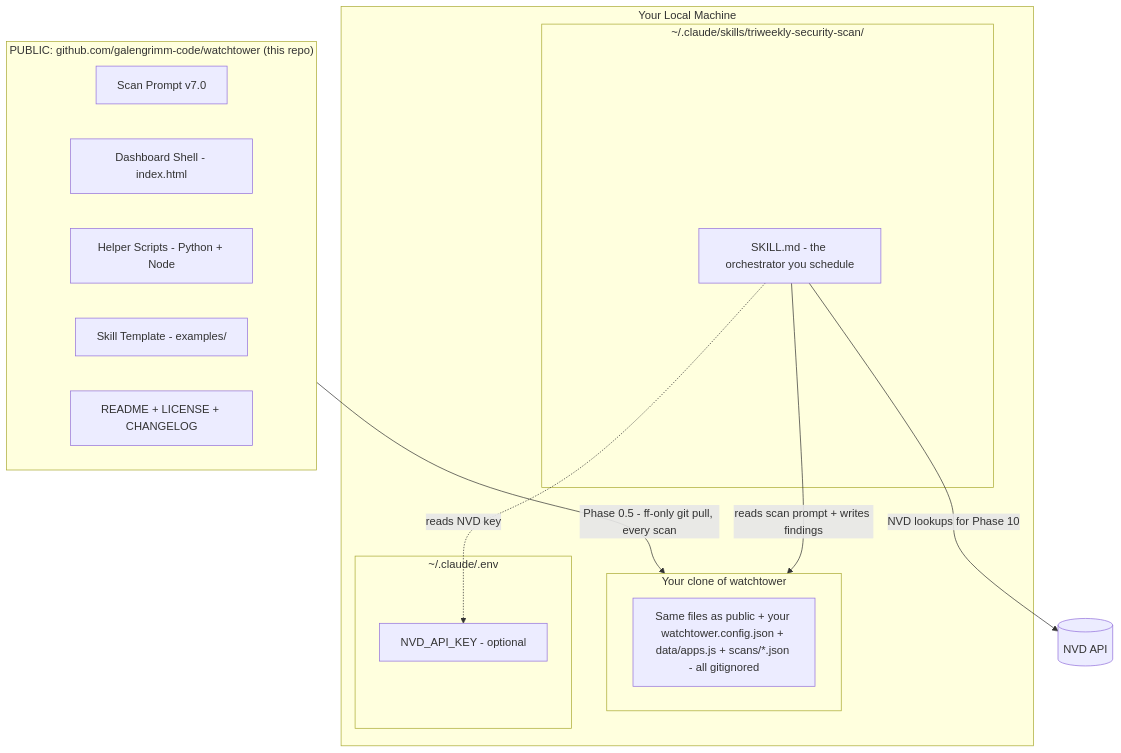
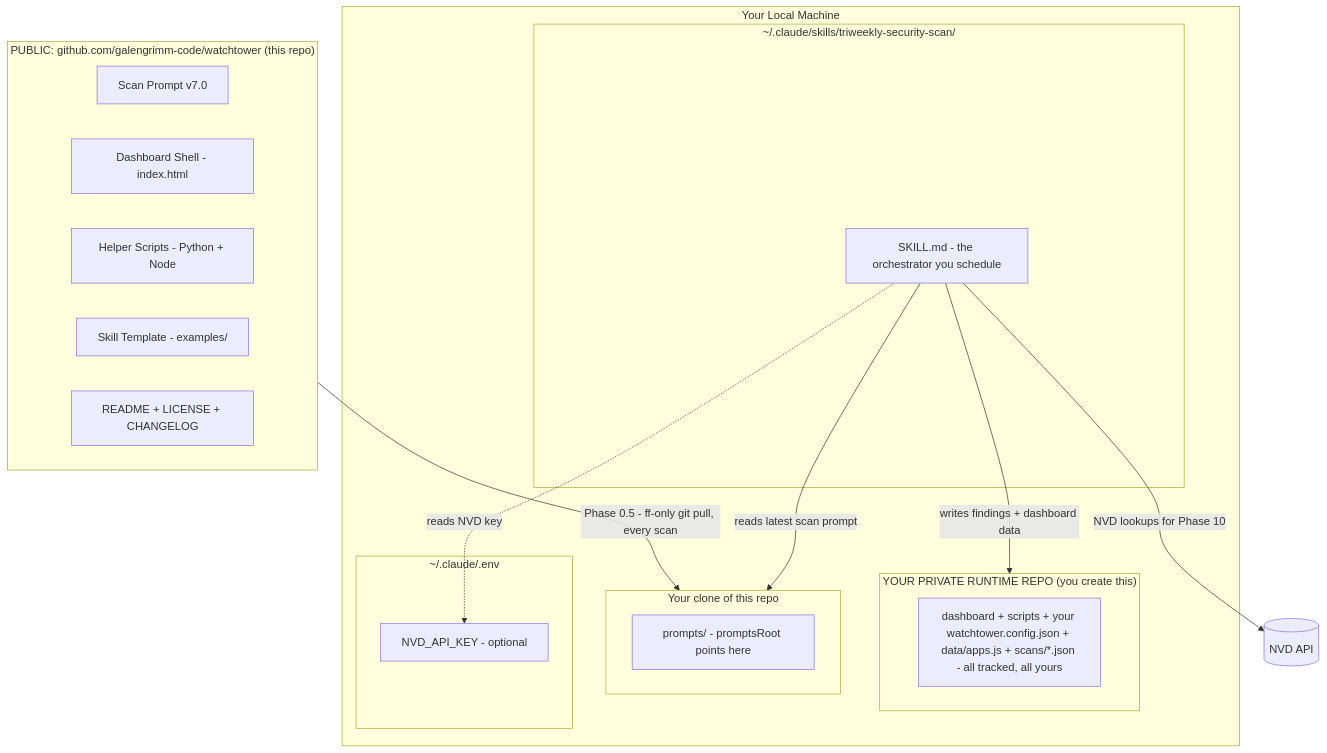
The first of 2 diagrams in README.md (galengrimm-code/watchtower), drawn with Mermaid before and after one commit. The commit also changed other lines of this file and 2 other files, not shown here.

First line of the commit message:
Private runtime repo is the primary install path

````diff
--- a/README.md
+++ b/README.md
@@ -35,29 +35,34 @@
 ```mermaid
 graph TB
     subgraph public["PUBLIC: github.com/galengrimm-code/watchtower (this repo)"]
         Prompt[Scan Prompt v7.0]
         Shell[Dashboard Shell - index.html]
         Scripts[Helper Scripts - Python + Node]
         Template[Skill Template - examples/]
         Docs[README + LICENSE + CHANGELOG]
     end
 
     subgraph local["Your Local Machine"]
-        subgraph clone["Your clone of watchtower"]
-            Clone[Same files as public + your watchtower.config.json + data/apps.js + scans/*.json - all gitignored]
+        subgraph runtime["YOUR PRIVATE RUNTIME REPO (you create this)"]
+            Run[dashboard + scripts + your watchtower.config.json + data/apps.js + scans/*.json - all tracked, all yours]
+        end
+
+        subgraph pubclone["Your clone of this repo"]
+            PromptClone[prompts/ - promptsRoot points here]
         end
 
         subgraph skillhome["~/.claude/skills/triweekly-security-scan/"]
             Skill[SKILL.md - the orchestrator you schedule]
         end
 
         subgraph env["~/.claude/.env"]
             Secrets[NVD_API_KEY - optional]
         end
     end
 
-    public -->|"Phase 0.5 - ff-only git pull, every scan"| clone
-    Skill -->|"reads scan prompt + writes findings"| clone
+    public -->|"Phase 0.5 - ff-only git pull, every scan"| pubclone
+    Skill -->|"reads latest scan prompt"| pubclone
+    Skill -->|"writes findings + dashboard data"| runtime
     Skill -.->|"reads NVD key"| Secrets
     Skill -->|"NVD lookups for Phase 10"| NVD[(NVD API)]
 ```
````
